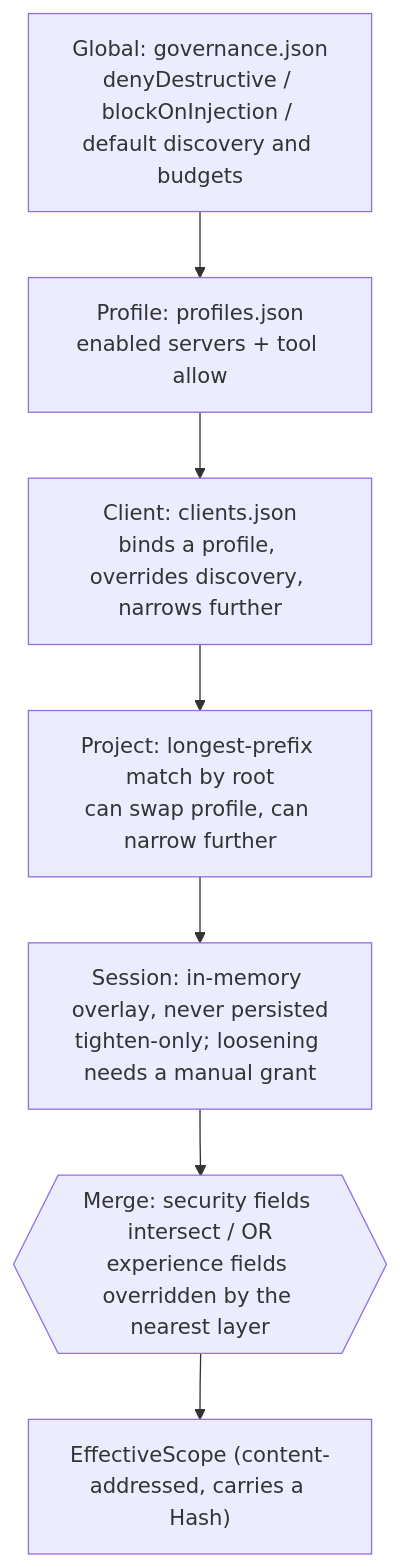
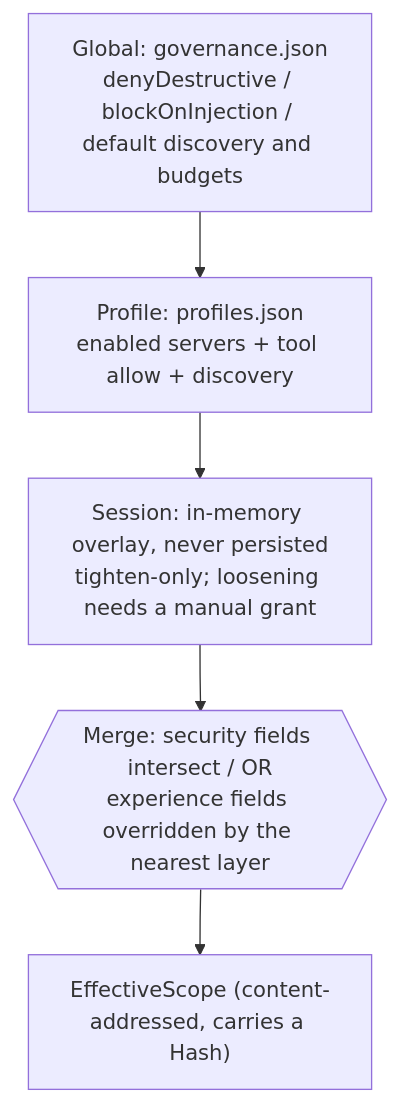
The seventh of 8 diagrams in docs/architecture.md (dinstein/agent-hub), drawn with Mermaid before and after one commit. The commit also changed other lines of this file and 22 other files, not shown here.

````diff
--- a/docs/architecture.md
+++ b/docs/architecture.md
@@ -296,9 +296,7 @@
 ```mermaid
 flowchart TD
     G["Global: governance.json<br/>denyDestructive / blockOnInjection / default discovery and budgets"] --> P
-    P["Profile: profiles.json<br/>enabled servers + tool allow"] --> C
-    C["Client: clients.json<br/>binds a profile, overrides discovery, narrows further"] --> PR
-    PR["Project: longest-prefix match by root<br/>can swap profile, can narrow further"] --> S
+    P["Profile: profiles.json<br/>enabled servers + tool allow + discovery"] --> S
     S["Session: in-memory overlay, never persisted<br/>tighten-only; loosening needs a manual grant"] --> M
     M{{"Merge: security fields intersect / OR<br/>experience fields overridden by the nearest layer"}} --> E["EffectiveScope (content-addressed, carries a Hash)"]
 ```
````
